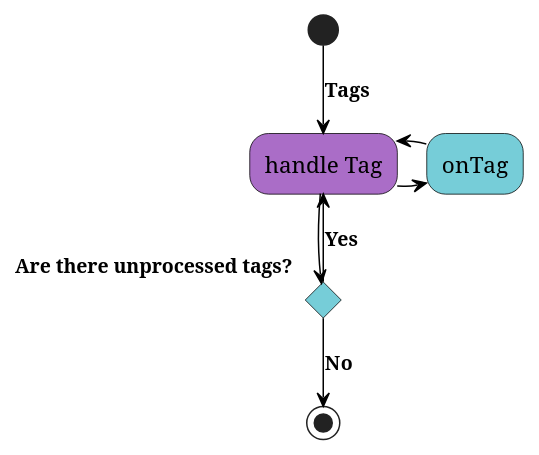
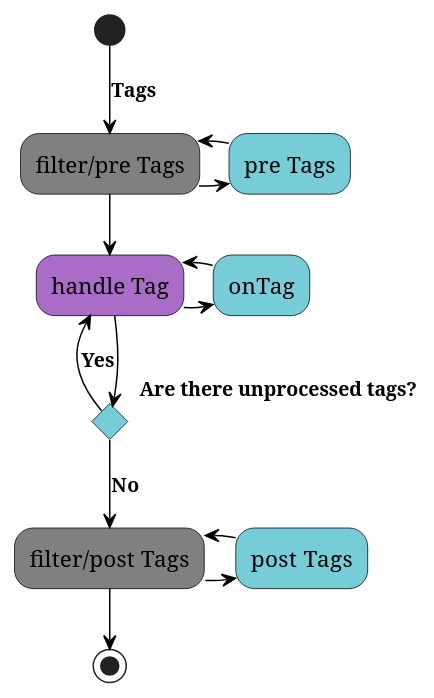
The diagram in src/data/tags.puml (gherking/gherking-docs), drawn with PlantUML before and after one commit. The commit also changed 5 other files, not shown here.

Commit message:
plantuml visualization of the precompiler

```diff
--- a/src/data/tags.puml
+++ b/src/data/tags.puml
@@ -1,22 +1,28 @@
 @startuml
 skinparam activity {
 BackgroundColor #76CDD8
 BackgroundColor<<apply>> #80DA2B
 BackgroundColor<<filter>> #808080
 BackgroundColor<<handle>> #AA6DC7
 ArrowColor black
 ArrowFontSize 13
 ArrowFontStyle bold
 ArrowFontName Segoe UI
 BorderColor black
 FontName Segoe UI
 FontSize 15
 }
-(*) -->[Tags] "handle Tag"
+(*) -->[Tags] "filter/pre Tags"<<filter>>
+-right-> "pre Tags"
+-left-> "filter/pre Tags"
+--> "handle Tag"
 -right-> "onTag"
 -left-> "handle Tag"<<handle>>
 If "Are there unprocessed tags?"
---> [Yes] "handle Tag"
+-left-> [Yes] "handle Tag"
 else
--->[No] (*)
+-->[No] "filter/post Tags"<<filter>>
+-right-> "post Tags"
+-left-> "filter/post Tags"
+--> (*)
 @enduml
```
